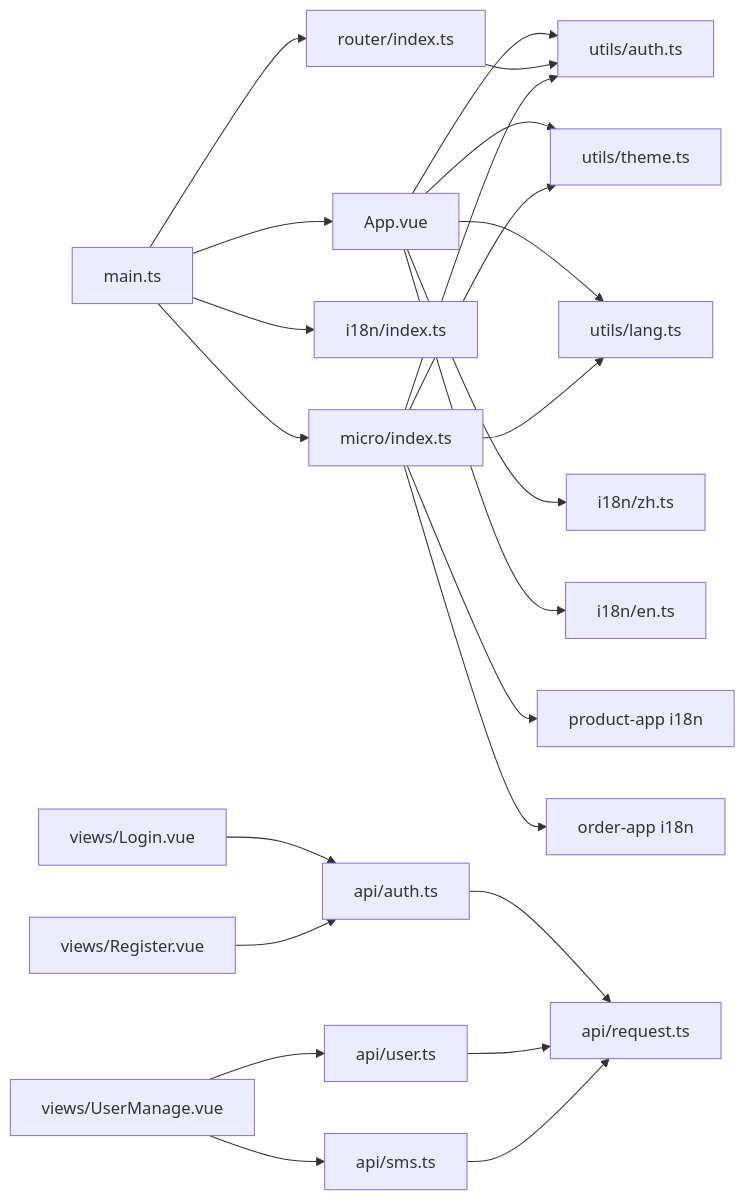
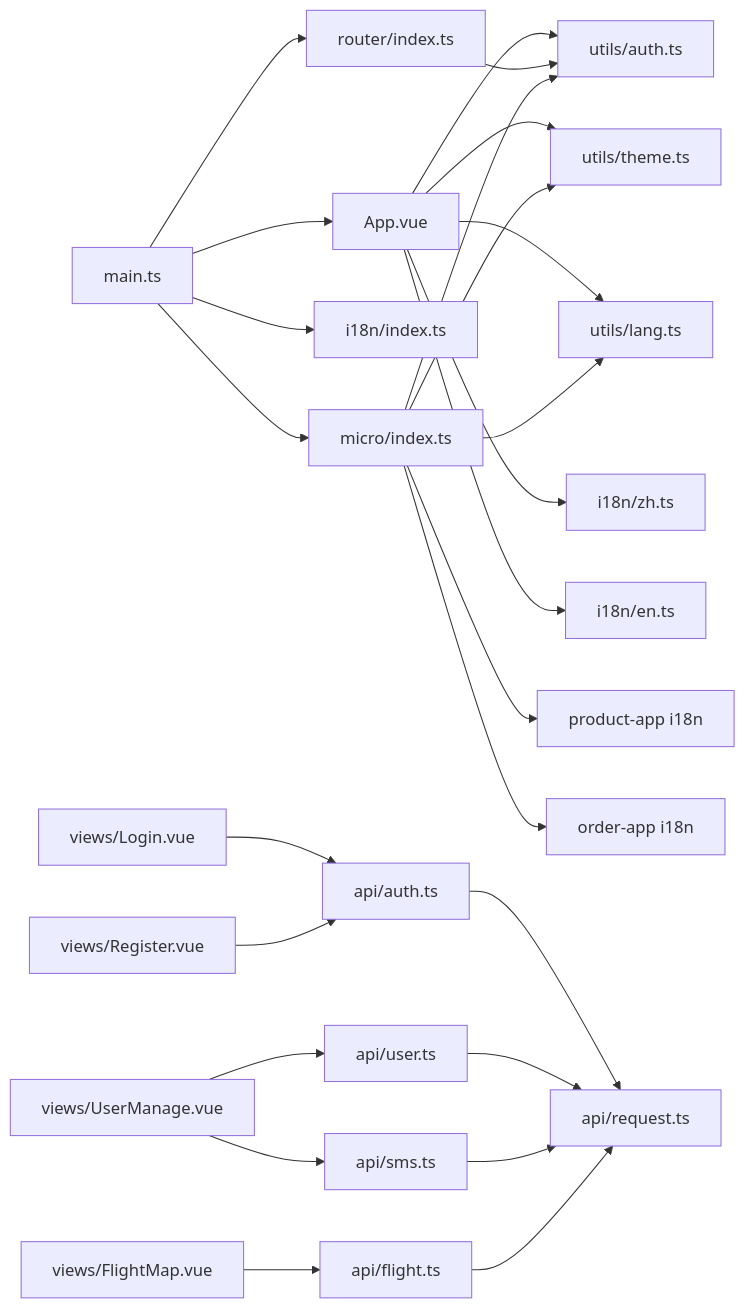
One commit to haohailiang/qoder-fullstack changed the tenth of 10 diagrams in .qoder/repowiki/zh/content/前端架构设计/主应用(base-app).md. Above: the diagram before and after it, drawn with Mermaid. The commit also changed other lines of this file and 45 other files, not shown here.

````diff
--- a/.qoder/repowiki/zh/content/前端架构设计/主应用(base-app).md
+++ b/.qoder/repowiki/zh/content/前端架构设计/主应用(base-app).md
@@ -455,25 +468,27 @@
 ```mermaid
 graph LR
 main_ts["main.ts"] --> app_vue["App.vue"]
 main_ts --> router_idx["router/index.ts"]
 main_ts --> i18n_idx["i18n/index.ts"]
 main_ts --> micro_idx["micro/index.ts"]
 app_vue --> utils_auth["utils/auth.ts"]
 app_vue --> utils_theme["utils/theme.ts"]
 app_vue --> utils_lang["utils/lang.ts"]
 app_vue --> i18n_zh["i18n/zh.ts"]
 app_vue --> i18n_en["i18n/en.ts"]
 router_idx --> utils_auth
 views_login["views/Login.vue"] --> api_auth["api/auth.ts"]
 views_register["views/Register.vue"] --> api_auth
 views_usermanage["views/UserManage.vue"] --> api_user["api/user.ts"]
 views_usermanage --> api_sms["api/sms.ts"]
+views_flightmap["views/FlightMap.vue"] --> api_flight["api/flight.ts"]
 api_auth --> api_request["api/request.ts"]
 api_user --> api_request
 api_sms --> api_request
+api_flight --> api_request
 micro_idx --> utils_auth
 micro_idx --> utils_theme
 micro_idx --> utils_lang
 micro_idx --> sub_product["product-app i18n"]
 micro_idx --> sub_order["order-app i18n"]
 ```
````
